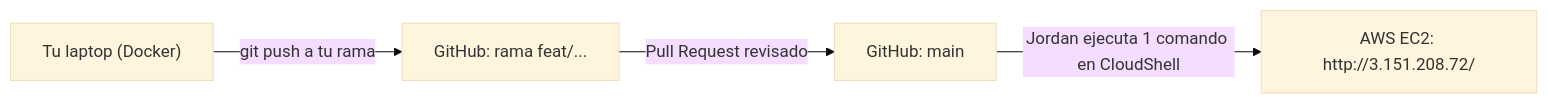
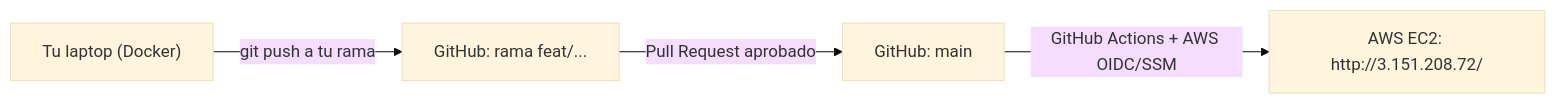
The diagram in GUIA_EQUIPO.md (JordanSoncco/latinex), drawn with Mermaid (base theme) before and after one commit. The commit also changed other lines of this file, not shown here.

Commit message:
docs(equipo): actualizar flujo con despliegue automatico de GitHub Actions

````diff
--- a/GUIA_EQUIPO.md
+++ b/GUIA_EQUIPO.md
@@ -132,6 +132,6 @@
 ```mermaid
 flowchart LR
     A["Tu laptop (Docker)"] -->|"git push a tu rama"| B["GitHub: rama feat/..."]
-    B -->|"Pull Request revisado"| C["GitHub: main"]
-    C -->|"Jordan ejecuta 1 comando en CloudShell"| D["AWS EC2: http://3.151.208.72/"]
+    B -->|"Pull Request aprobado"| C["GitHub: main"]
+    C -->|"GitHub Actions + AWS OIDC/SSM"| D["AWS EC2: http://3.151.208.72/"]
 ```
````
